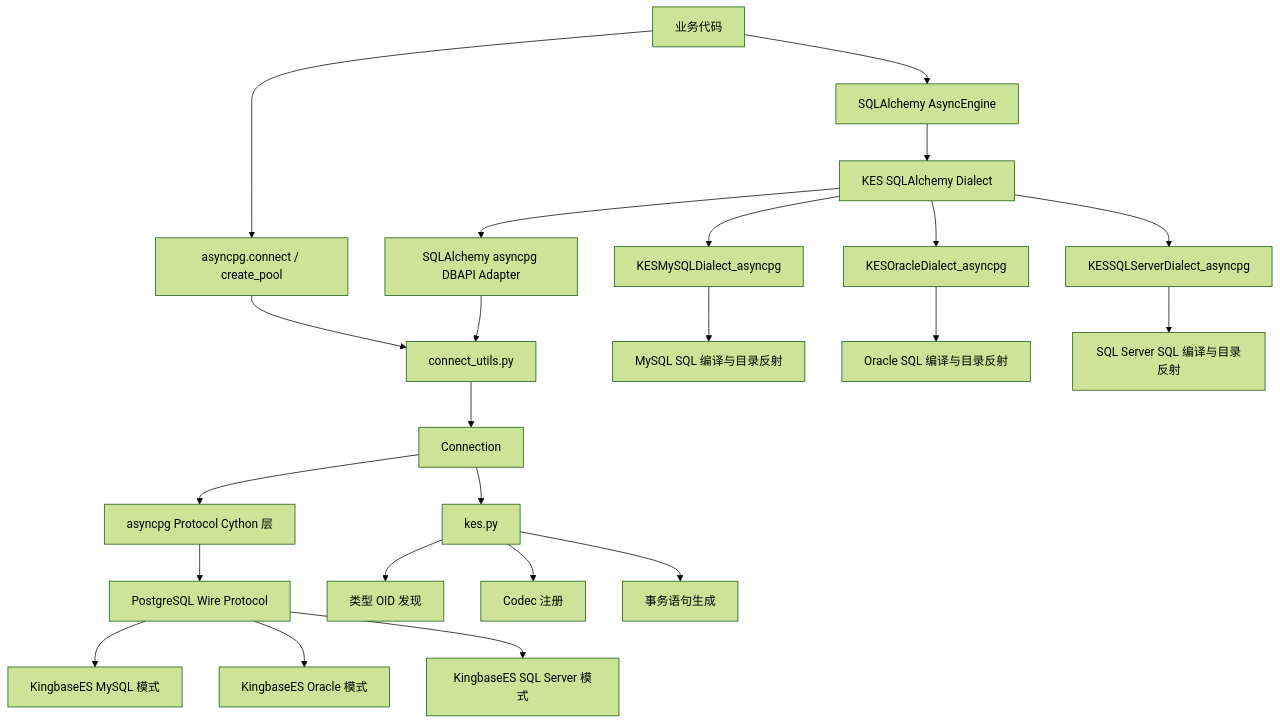
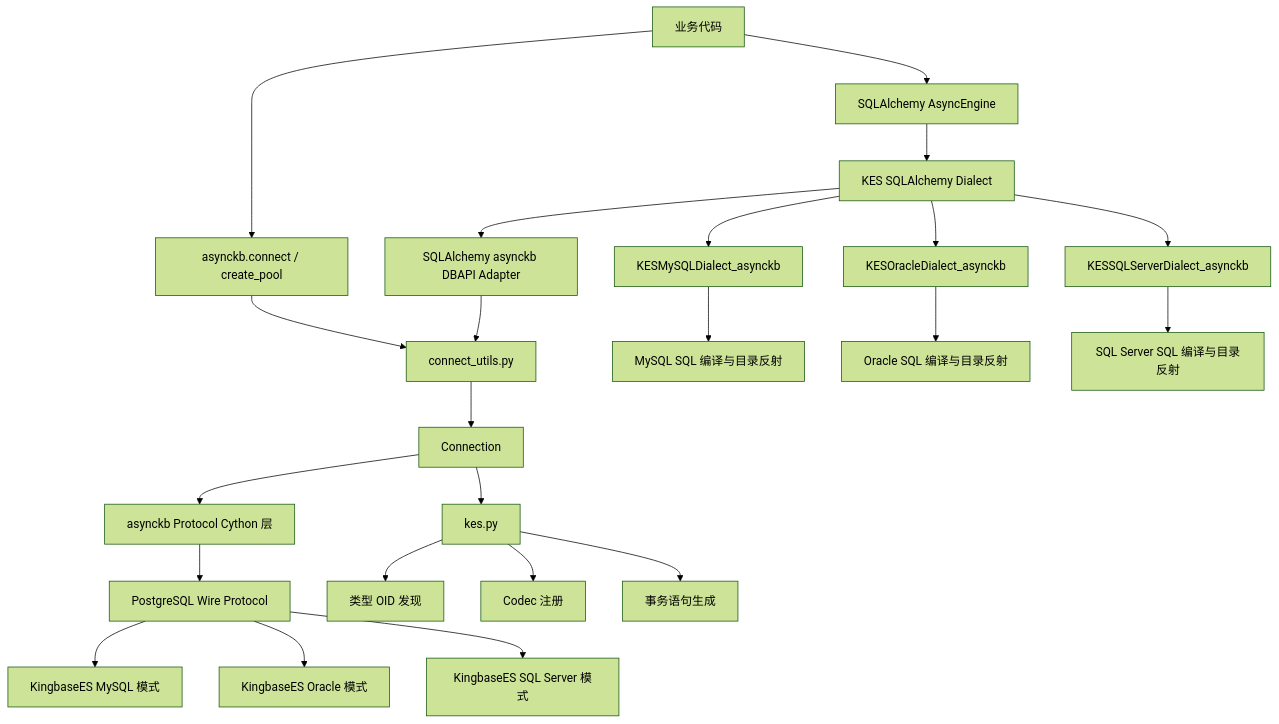
One commit to 198lma/asynckb changed the first of 5 diagrams in docs/asyncpg-KES三模式适配架构总结.md. Above: the diagram before and after it, drawn with Mermaid (forest theme). The commit also changed other lines of this file and 333 other files, not shown here.

````diff
--- a/docs/asyncpg-KES三模式适配架构总结.md
+++ b/docs/asyncpg-KES三模式适配架构总结.md
@@ -36,29 +36,29 @@
 ```mermaid
 flowchart TD
-    A[业务代码] --> B[asyncpg.connect / create_pool]
+    A[业务代码] --> B[asynckb.connect / create_pool]
     A --> C[SQLAlchemy AsyncEngine]
 
     B --> D[connect_utils.py]
     C --> E[KES SQLAlchemy Dialect]
-    E --> F[SQLAlchemy asyncpg DBAPI Adapter]
+    E --> F[SQLAlchemy asynckb DBAPI Adapter]
     F --> D
 
     D --> G[Connection]
-    G --> H[asyncpg Protocol Cython 层]
+    G --> H[asynckb Protocol Cython 层]
     H --> I[PostgreSQL Wire Protocol]
     I --> J[KingbaseES MySQL 模式]
     I --> K[KingbaseES Oracle 模式]
     I --> T[KingbaseES SQL Server 模式]
 
     G --> L[kes.py]
     L --> M[类型 OID 发现]
     L --> N[Codec 注册]
     L --> O[事务语句生成]
 
-    E --> P[KESMySQLDialect_asyncpg]
-    E --> Q[KESOracleDialect_asyncpg]
-    E --> U[KESSQLServerDialect_asyncpg]
+    E --> P[KESMySQLDialect_asynckb]
+    E --> Q[KESOracleDialect_asynckb]
+    E --> U[KESSQLServerDialect_asynckb]
     P --> R[MySQL SQL 编译与目录反射]
     Q --> S[Oracle SQL 编译与目录反射]
     U --> V[SQL Server SQL 编译与目录反射]
 ```
````
